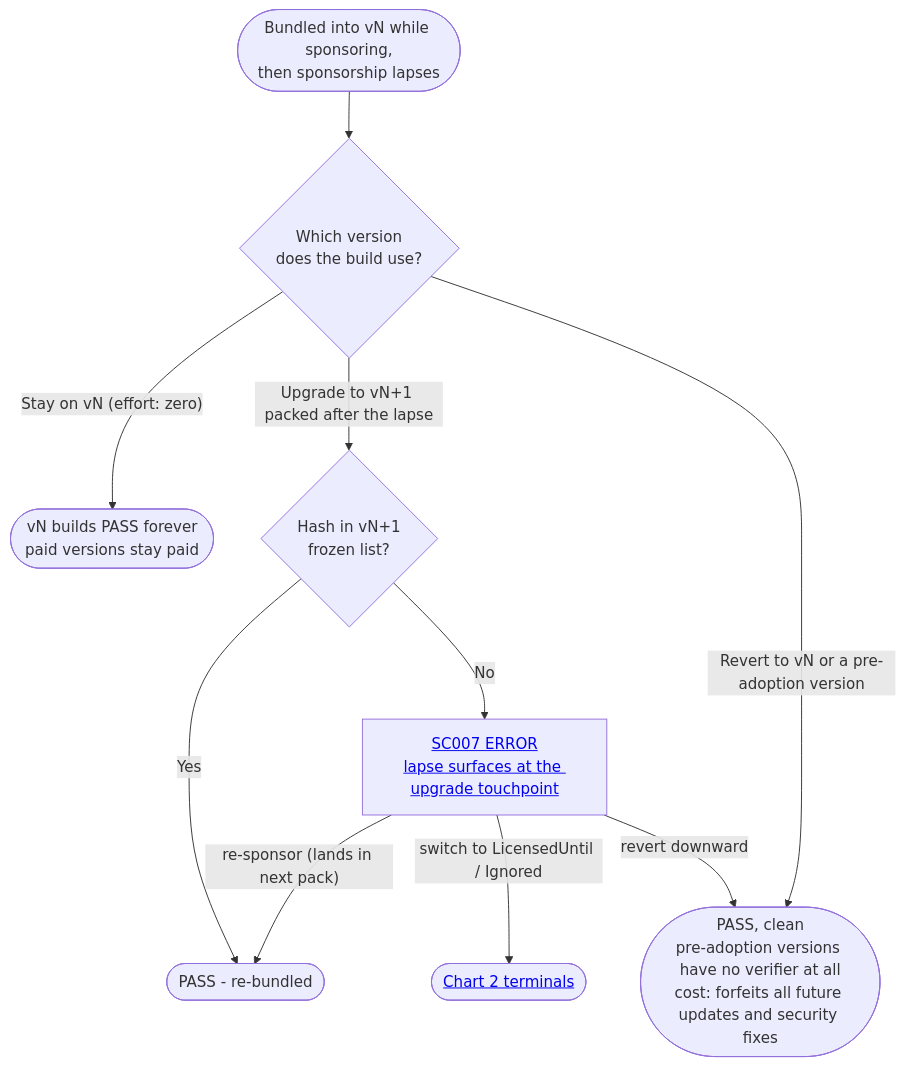
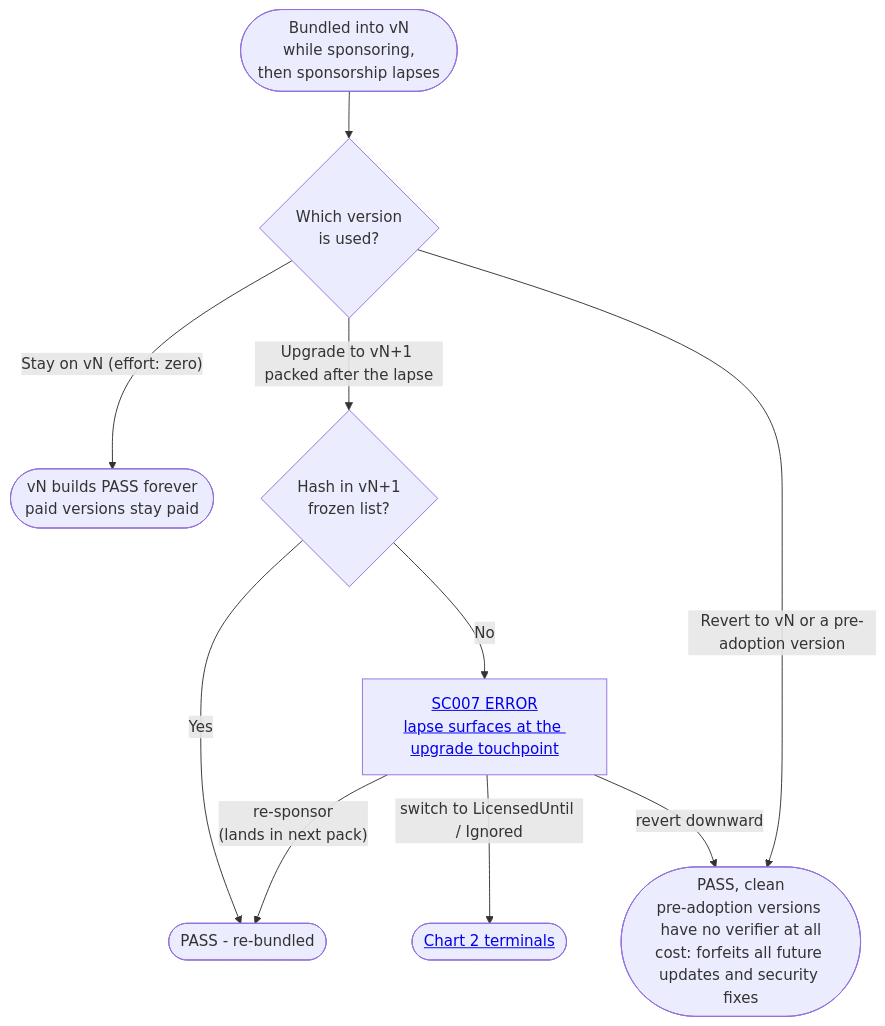
The third of 4 diagrams in docs/WhyBuildTimeVerification.md (SimonCropp/SponsorCheck), drawn with Mermaid before and after one commit. The commit also changed other lines of this file, not shown here.

````diff
--- a/docs/WhyBuildTimeVerification.md
+++ b/docs/WhyBuildTimeVerification.md
@@ -113,15 +113,15 @@
 ```mermaid
 flowchart TD
-    Lapse(["Bundled into vN while sponsoring,<br/>then sponsorship lapses"]) --> Which{"Which version<br/>does the build use?"}
+    Lapse(["Bundled into vN<br/>while sponsoring,<br/>then sponsorship lapses"]) --> Which{"Which version<br/>is used?"}
 
     Which -->|"Stay on vN (effort: zero)"| Stay(["vN builds PASS forever<br/>paid versions stay paid"])
 
     Which -->|"Upgrade to vN+1 packed after the lapse"| Up{"Hash in vN+1<br/>frozen list?"}
     Up -->|"Yes"| UpPass(["PASS - re-bundled"])
     Up -->|"No"| SC007b[<a href='https://github.com/SimonCropp/SponsorCheck/blob/main/docs/VerifierDiagnosticCodes.md#sc007'>SC007 ERROR<br/>lapse surfaces at the upgrade touchpoint</a>]
-    SC007b -->|"re-sponsor (lands in next pack)"| UpPass
+    SC007b -->|"re-sponsor<br/>(lands in next pack)"| UpPass
     SC007b -->|"switch to LicensedUntil / Ignored"| Modes([<a href='https://github.com/SimonCropp/SponsorCheck/blob/main/docs/WhyBuildTimeVerification.md#3-once-forced-to-choose-every-escape-hatch-leaves-a-trace'>Chart 2 terminals</a>])
     SC007b -->|"revert downward"| Revert
 
     Which -->|"Revert to vN or a pre-adoption version"| Revert(["PASS, clean<br/>pre-adoption versions have no verifier at all<br/>cost: forfeits all future updates and security fixes"])
 ```
````
